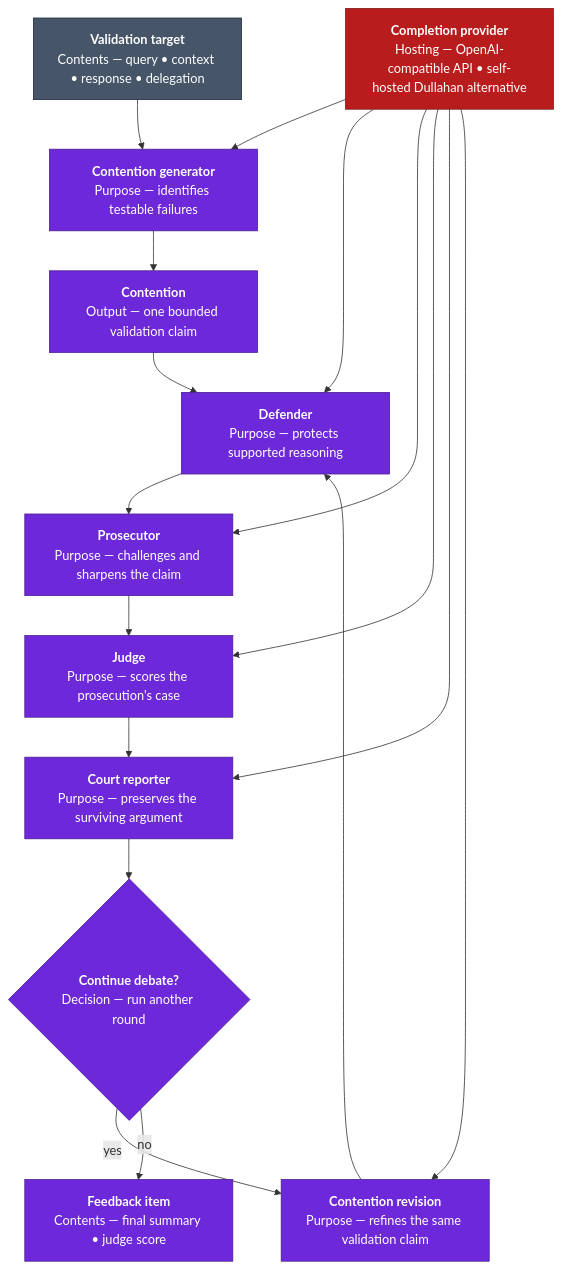
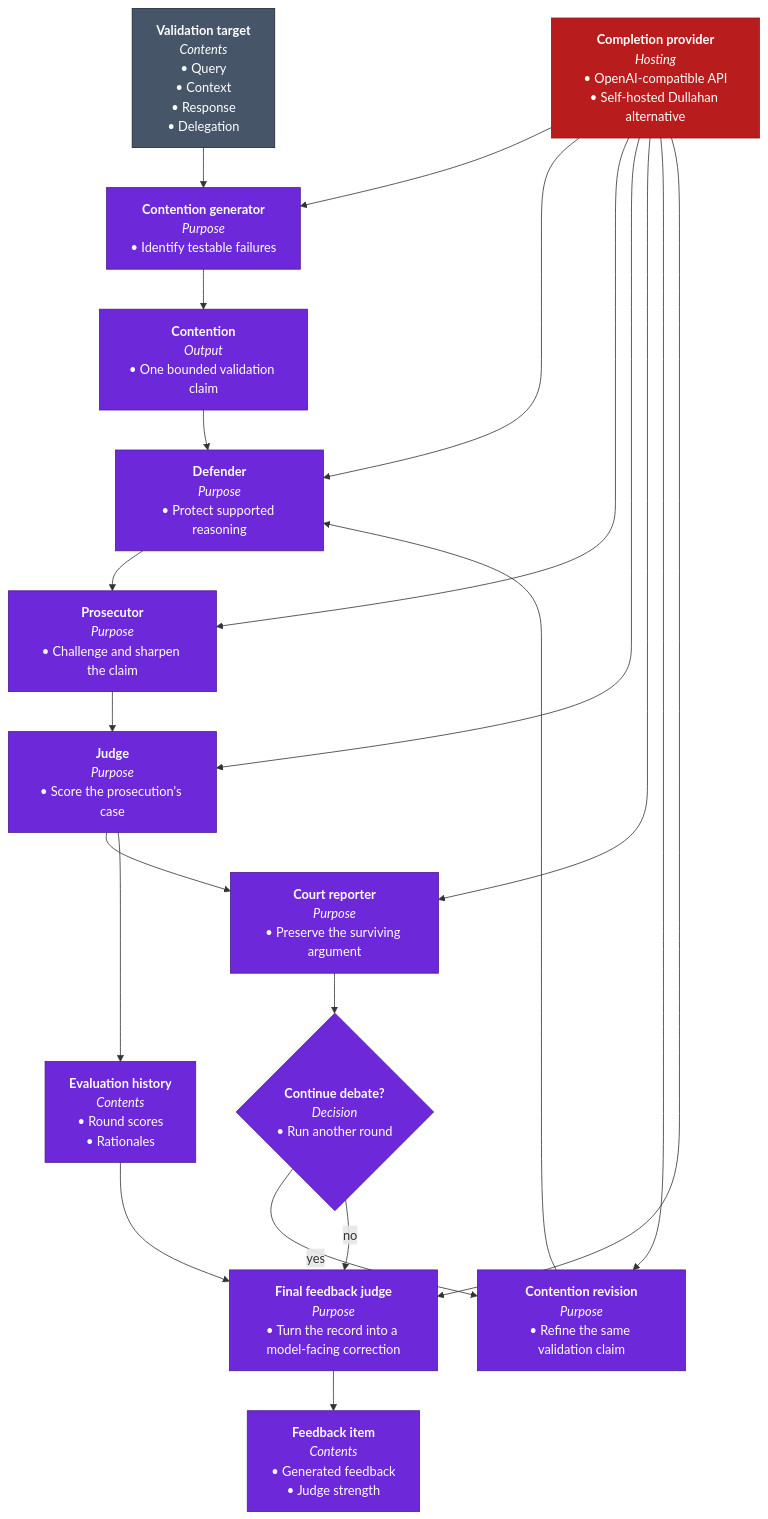
The second of 3 diagrams in README.md (ForestDweller014/Specter), drawn with Mermaid before and after one commit. The commit also changed other lines of this file and 1 other file, not shown here.

First line of the commit message:
docs: Clarify correction architecture

````diff
--- a/README.md
+++ b/README.md
@@ -260,28 +267,32 @@
 ```mermaid
 flowchart TB
-    Target["<b>Validation target</b><br/>Contents — query • context • response • delegation"] --> Generate["<b>Contention generator</b><br/>Purpose — identifies testable failures"]
-    Generate --> Contention["<b>Contention</b><br/>Output — one bounded validation claim"]
-    Contention --> Defender["<b>Defender</b><br/>Purpose — protects supported reasoning"]
-    Defender --> Prosecutor["<b>Prosecutor</b><br/>Purpose — challenges and sharpens the claim"]
-    Prosecutor --> Judge["<b>Judge</b><br/>Purpose — scores the prosecution's case"]
-    Judge --> Reporter["<b>Court reporter</b><br/>Purpose — preserves the surviving argument"]
-    Reporter --> More{"<b>Continue debate?</b><br/>Decision — run another round"}
-    More -->|"yes"| Revise["<b>Contention revision</b><br/>Purpose — refines the same validation claim"]
+    Target["<b>Validation target</b><br/><i>Contents</i><br/>• Query<br/>• Context<br/>• Response<br/>• Delegation"] --> Generate["<b>Contention generator</b><br/><i>Purpose</i><br/>• Identify testable failures"]
+    Generate --> Contention["<b>Contention</b><br/><i>Output</i><br/>• One bounded validation claim"]
+    Contention --> Defender["<b>Defender</b><br/><i>Purpose</i><br/>• Protect supported reasoning"]
+    Defender --> Prosecutor["<b>Prosecutor</b><br/><i>Purpose</i><br/>• Challenge and sharpen the claim"]
+    Prosecutor --> Judge["<b>Judge</b><br/><i>Purpose</i><br/>• Score the prosecution's case"]
+    Judge --> Reporter["<b>Court reporter</b><br/><i>Purpose</i><br/>• Preserve the surviving argument"]
+    Judge --> Evaluations["<b>Evaluation history</b><br/><i>Contents</i><br/>• Round scores<br/>• Rationales"]
+    Reporter --> More{"<b>Continue debate?</b><br/><i>Decision</i><br/>• Run another round"}
+    More -->|"yes"| Revise["<b>Contention revision</b><br/><i>Purpose</i><br/>• Refine the same validation claim"]
     Revise --> Defender
-    More -->|"no"| Item["<b>Feedback item</b><br/>Contents — final summary • judge score"]
+    More -->|"no"| FinalJudge["<b>Final feedback judge</b><br/><i>Purpose</i><br/>• Turn the record into a model-facing correction"]
+    Evaluations --> FinalJudge
+    FinalJudge --> Item["<b>Feedback item</b><br/><i>Contents</i><br/>• Generated feedback<br/>• Judge strength"]
 
-    Provider["<b>Completion provider</b><br/>Hosting — OpenAI-compatible API • self-hosted Dullahan alternative"] --> Generate
+    Provider["<b>Completion provider</b><br/><i>Hosting</i><br/>• OpenAI-compatible API<br/>• Self-hosted Dullahan alternative"] --> Generate
     Provider --> Defender
     Provider --> Prosecutor
     Provider --> Judge
     Provider --> Reporter
     Provider --> Revise
+    Provider --> FinalJudge
 
     class Target external
-    class Generate,Contention,Defender,Prosecutor,Judge,Reporter,More,Revise,Item validation
+    class Generate,Contention,Defender,Prosecutor,Judge,Reporter,Evaluations,More,Revise,FinalJudge,Item validation
     class Provider inference
 
     classDef external fill:#475569,stroke:#1E293B,color:#FFFFFF
     classDef validation fill:#6D28D9,stroke:#4C1D95,color:#FFFFFF
     classDef inference fill:#B91C1C,stroke:#7F1D1D,color:#FFFFFF
 ```
````
